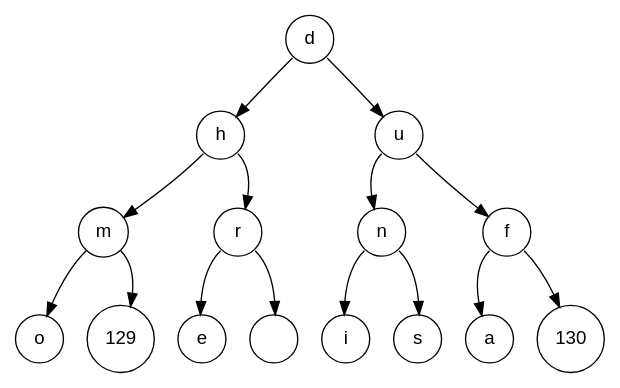
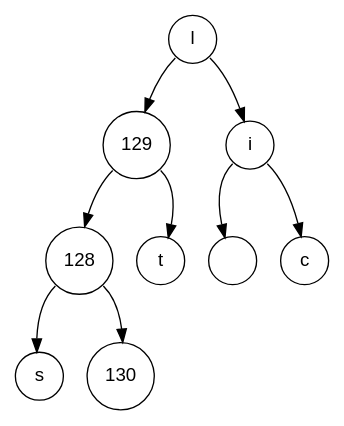
One commit to Procuste34/codage_huffman_c changed the diagram in fichiers_viz/minimier_etape_3.dot. Above: the diagram before and after it, drawn with Graphviz. The commit also changed 47 other files, not shown here.

```diff
--- a/fichiers_viz/minimier_etape_3.dot
+++ b/fichiers_viz/minimier_etape_3.dot
@@ -1,32 +1,20 @@
 digraph POT_test {
 node [fontname="Arial", shape="circle", width=0.5];
-100 [label = "d"]
-100:sw -> 104
-100:se -> 117
-104 [label = "h"]
-104:sw -> 109
-104:se -> 114
-109 [label = "m"]
-109:sw -> 111
-109:se -> 129
-111 [label = "o"]
+108 [label = "l"]
+108:sw -> 129
+108:se -> 105
 129 [label = "129"]
-114 [label = "r"]
-114:sw -> 101
-114:se -> 32
-101 [label = "e"]
+129:sw -> 128
+129:se -> 116
+128 [label = "128"]
+128:sw -> 115
+128:se -> 130
+115 [label = "s"]
+130 [label = "130"]
+116 [label = "t"]
+105 [label = "i"]
+105:sw -> 32
+105:se -> 99
 32 [label = " "]
-117 [label = "u"]
-117:sw -> 110
-117:se -> 102
-110 [label = "n"]
-110:sw -> 105
-110:se -> 115
-105 [label = "i"]
-115 [label = "s"]
-102 [label = "f"]
-102:sw -> 97
-102:se -> 130
-97 [label = "a"]
-130 [label = "130"]
+99 [label = "c"]
 }
```
